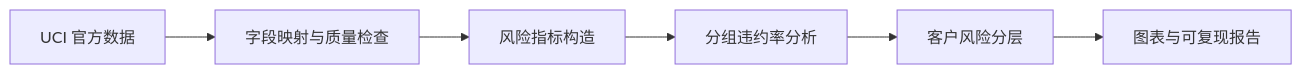
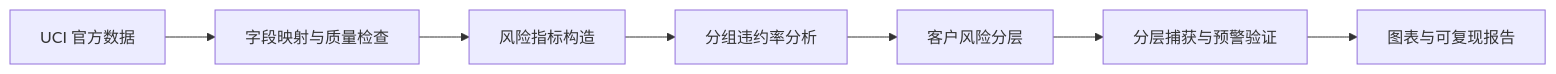
Before and after one commit to zzhhmm26/credit-default-risk-analysis: the diagram in README.md, drawn with Mermaid. The commit also changed other lines of this file and 9 other files, not shown here.

````diff
--- a/README.md
+++ b/README.md
@@ -59,8 +86,9 @@
 ```mermaid
 flowchart LR
     A[UCI 官方数据] --> B[字段映射与质量检查]
     B --> C[风险指标构造]
     C --> D[分组违约率分析]
     D --> E[客户风险分层]
-    E --> F[图表与可复现报告]
+    E --> F[分层捕获与预警验证]
+    F --> G[图表与可复现报告]
 ```
````
